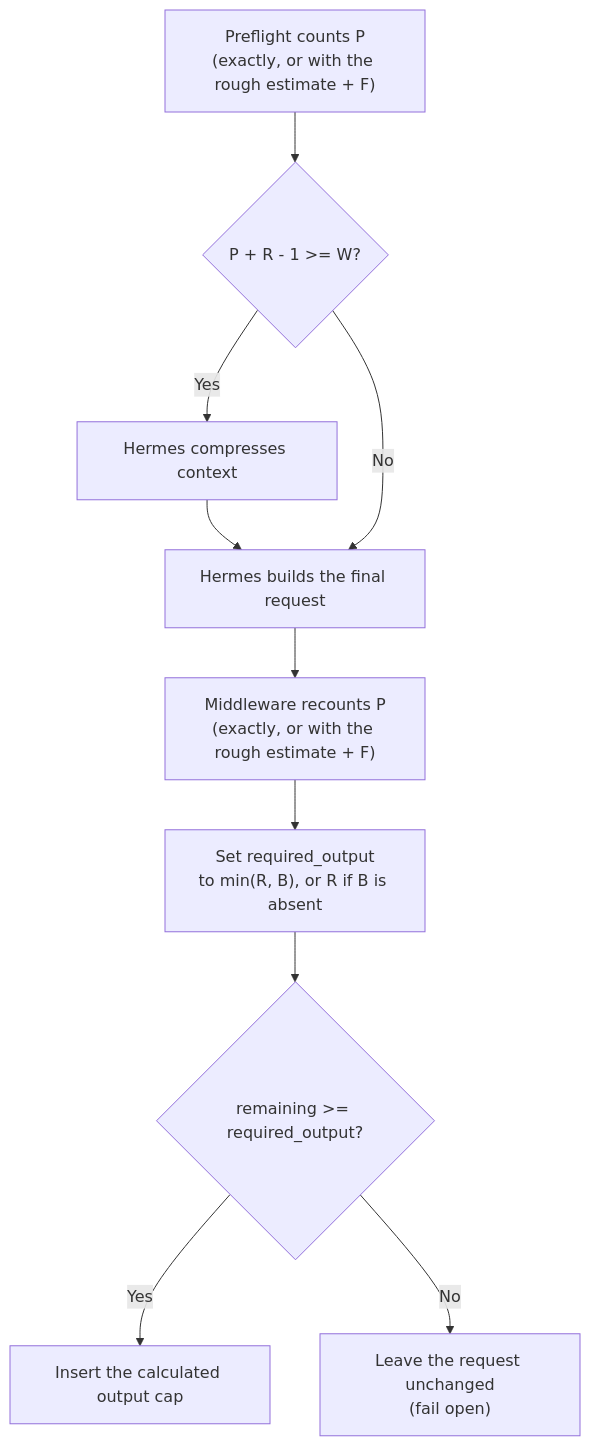
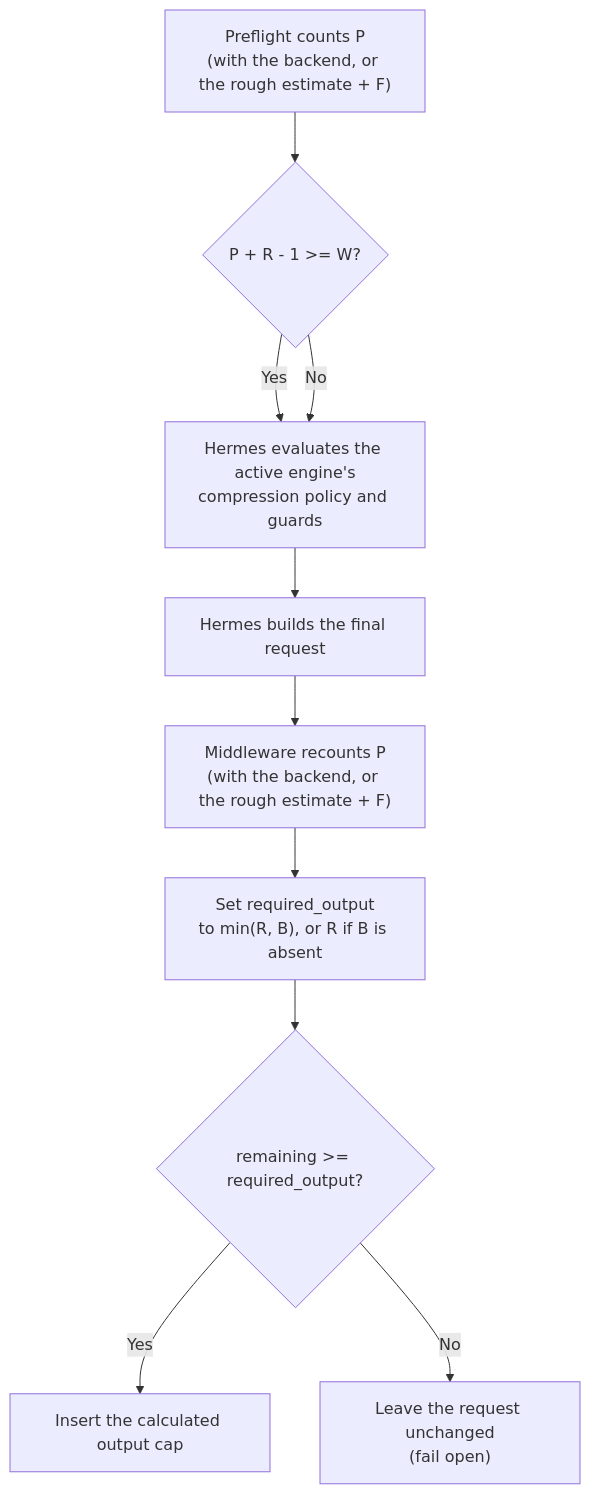
The diagram in README.md (pomponchik/incontext), drawn with Mermaid before and after one commit. The commit also changed other lines of this file, not shown here.

Commit message:
Update README for dynamic budgeting and backend abstraction

````diff
--- a/README.md
+++ b/README.md
@@ -48,22 +53,22 @@
 ```mermaid
 flowchart TD
-    A["Preflight counts P<br/>(exactly, or with the rough estimate + F)"]
+    A["Preflight counts P<br/>(with the backend, or the rough estimate + F)"]
     B{"P + R - 1 >= W?"}
-    C["Hermes compresses context"]
+    C["Hermes evaluates the active engine's<br/>compression policy and guards"]
     D["Hermes builds the final request"]
-    E["Middleware recounts P<br/>(exactly, or with the rough estimate + F)"]
+    E["Middleware recounts P<br/>(with the backend, or the rough estimate + F)"]
     F["Set required_output<br/>to min(R, B), or R if B is absent"]
     G{"remaining >= required_output?"}
     H["Insert the calculated output cap"]
     I["Leave the request unchanged<br/>(fail open)"]
 
     A --> B
     B -- Yes --> C
+    B -- No --> C
     C --> D
-    B -- No --> D
     D --> E
     E --> F
     F --> G
     G -- Yes --> H
     G -- No --> I
 ```
````
